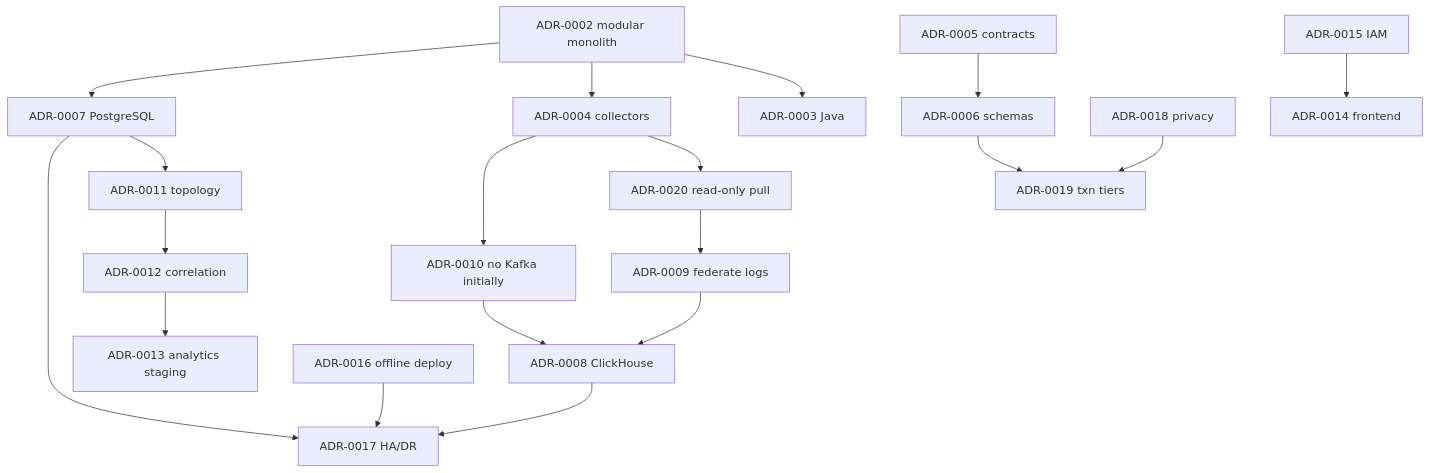
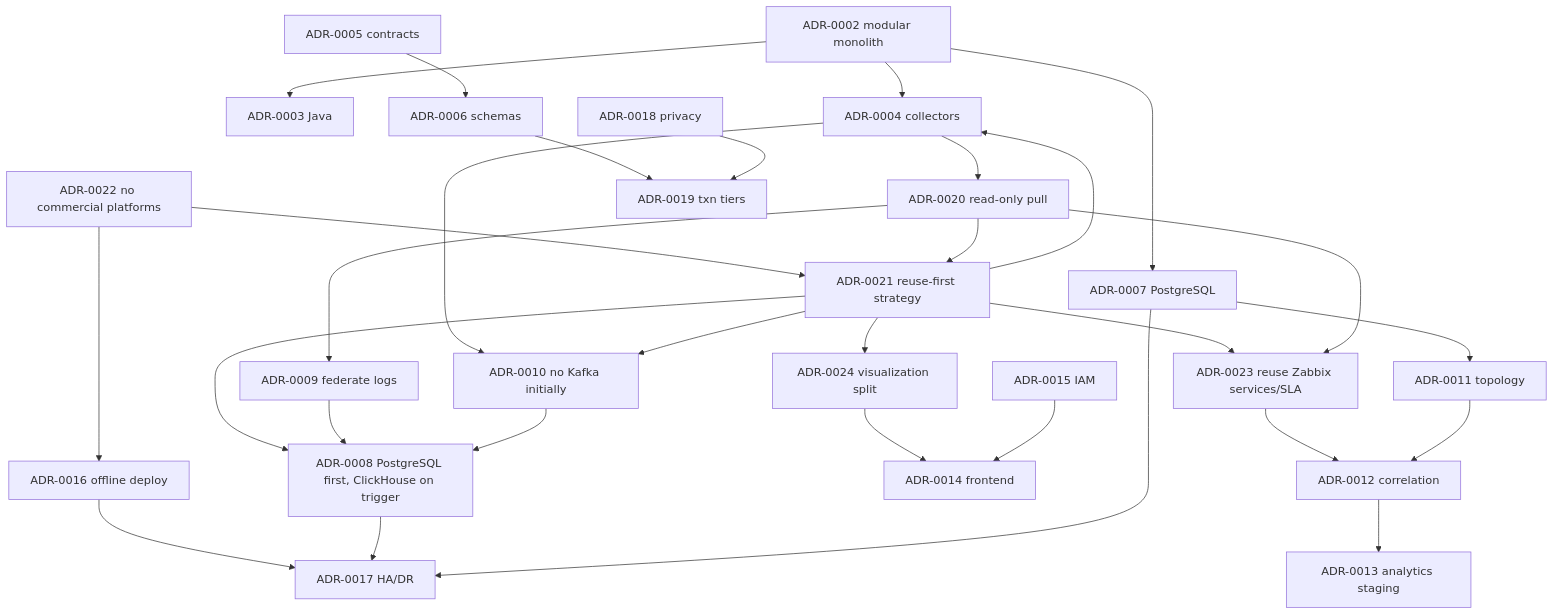
Before and after one commit to navy1919/IssabelMonitoring: the diagram in docs/architecture/architecture-decision-records/README.md, drawn with Mermaid. The commit also changed other lines of this file and 46 other files, not shown here.

First line of the commit message:
docs: add product benchmark and revise Phase 0 package for reuse-first strategy

````diff
--- a/docs/architecture/architecture-decision-records/README.md
+++ b/docs/architecture/architecture-decision-records/README.md
@@ -53,21 +57,32 @@
 ```mermaid
 flowchart TD
   A2[ADR-0002 modular monolith] --> A3[ADR-0003 Java]
   A2 --> A4[ADR-0004 collectors]
   A4 --> A20[ADR-0020 read-only pull]
   A4 --> A10[ADR-0010 no Kafka initially]
   A20 --> A9[ADR-0009 federate logs]
-  A9 --> A8[ADR-0008 ClickHouse]
+  A21[ADR-0021 reuse-first strategy] --> A8[ADR-0008 PostgreSQL first, ClickHouse on trigger]
+  A21 --> A4
+  A21 --> A10
+  A21 --> A23[ADR-0023 reuse Zabbix services/SLA]
+  A21 --> A24[ADR-0024 visualization split]
+  A22[ADR-0022 no commercial platforms] --> A21
+  A20 --> A21
+  A9 --> A8
   A10 --> A8
+  A20 --> A23
+  A23 --> A12
+  A24 --> A14
+  A22 --> A16
   A2 --> A7[ADR-0007 PostgreSQL]
   A7 --> A11[ADR-0011 topology]
   A11 --> A12[ADR-0012 correlation]
   A12 --> A13[ADR-0013 analytics staging]
   A6[ADR-0006 schemas] --> A19[ADR-0019 txn tiers]
   A18[ADR-0018 privacy] --> A19
   A5[ADR-0005 contracts] --> A6
   A15[ADR-0015 IAM] --> A14[ADR-0014 frontend]
   A16[ADR-0016 offline deploy] --> A17[ADR-0017 HA/DR]
   A8 --> A17
   A7 --> A17
 ```
````
